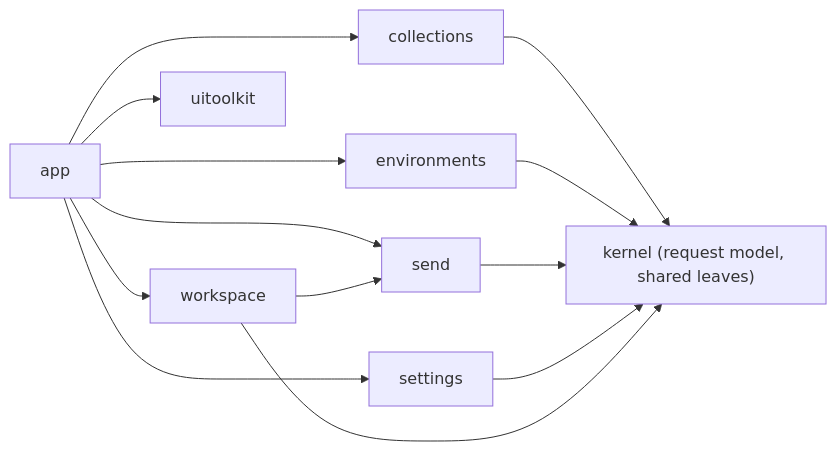
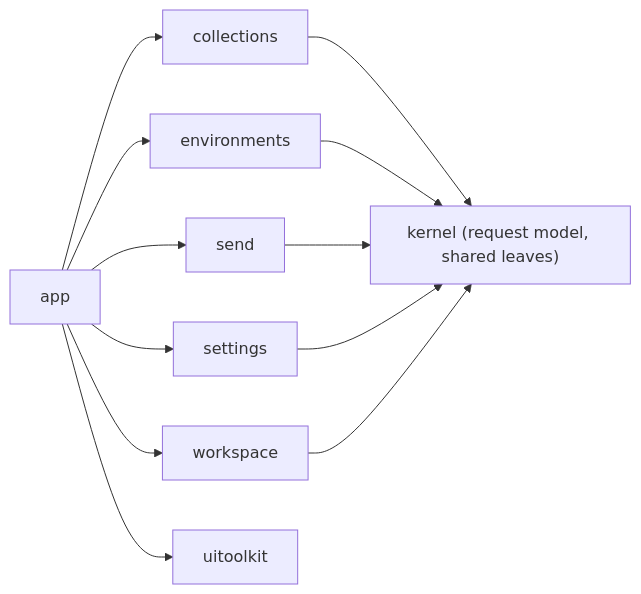
The second of 2 diagrams in .harness/architecture.md (gascoigne-ai/gascoigne-workshop), drawn with Mermaid before and after one commit. The commit also changed other lines of this file and 117 other files, not shown here.

````diff
--- a/.harness/architecture.md
+++ b/.harness/architecture.md
@@ -57,7 +57,6 @@
 ```mermaid
 flowchart LR
   app["app"] --> send & collections & environments & settings & workspace
   app --> toolkit["uitoolkit"]
-  workspace --> send
   collections & environments & send & settings & workspace --> kernel["kernel (request model, shared leaves)"]
 ```
````
